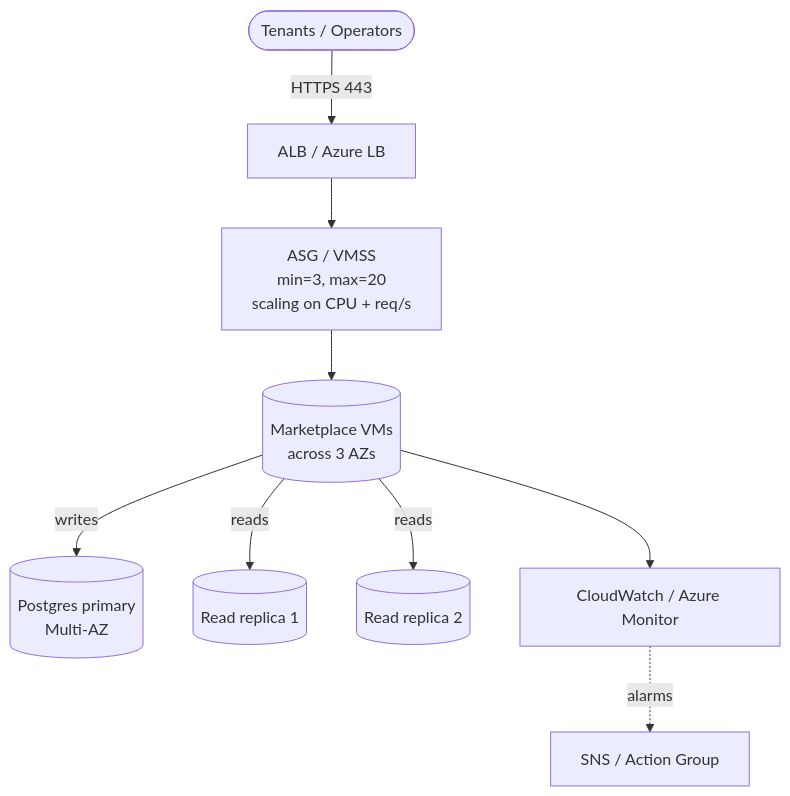
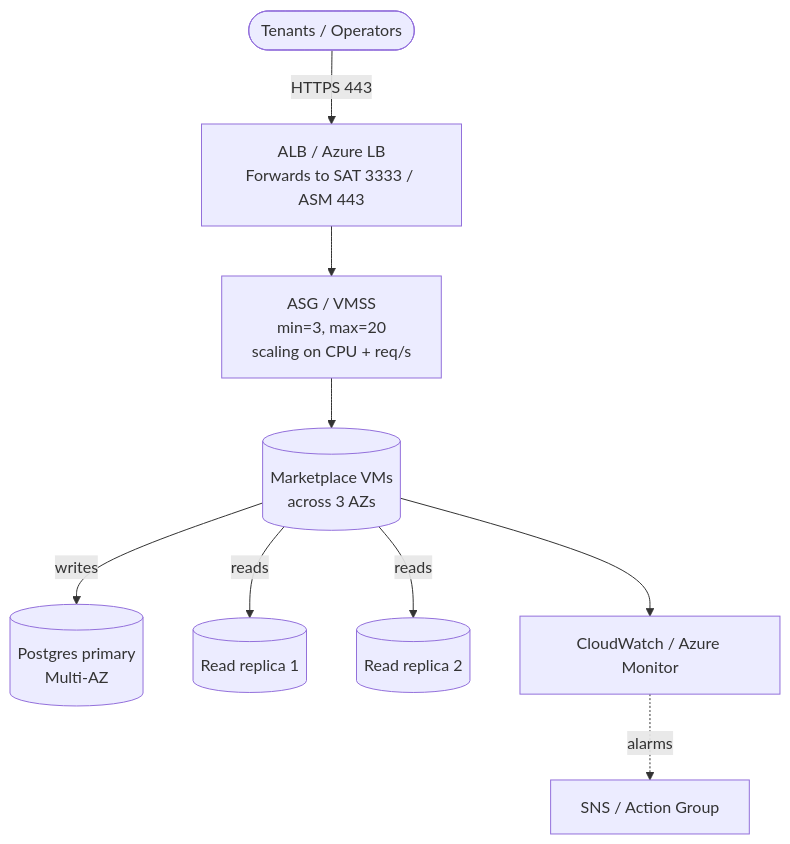
Before and after one commit to HailBytes/hailbytes-terraform-modules: the third of 3 diagrams in ARCHITECTURE.md, drawn with Mermaid. The commit also changed other lines of this file and 35 other files, not shown here.

````diff
--- a/ARCHITECTURE.md
+++ b/ARCHITECTURE.md
@@ -61,11 +63,11 @@
 ```mermaid
 flowchart TB
-    User([Tenants / Operators]) -->|HTTPS 443| LB[ALB / Azure LB]
+    User([Tenants / Operators]) -->|HTTPS 443| LB["ALB / Azure LB<br/>Forwards to SAT 3333 / ASM 443"]
     LB --> ASG[ASG / VMSS<br/>min=3, max=20<br/>scaling on CPU + req/s]
     ASG --> VMn[(Marketplace VMs<br/>across 3 AZs)]
     VMn -->|writes| DBP[(Postgres primary<br/>Multi-AZ)]
     VMn -->|reads| DBR1[(Read replica 1)]
     VMn -->|reads| DBR2[(Read replica 2)]
     VMn --> CW[CloudWatch / Azure Monitor]
     CW -.alarms.-> SNS[SNS / Action Group]
 ```
````
